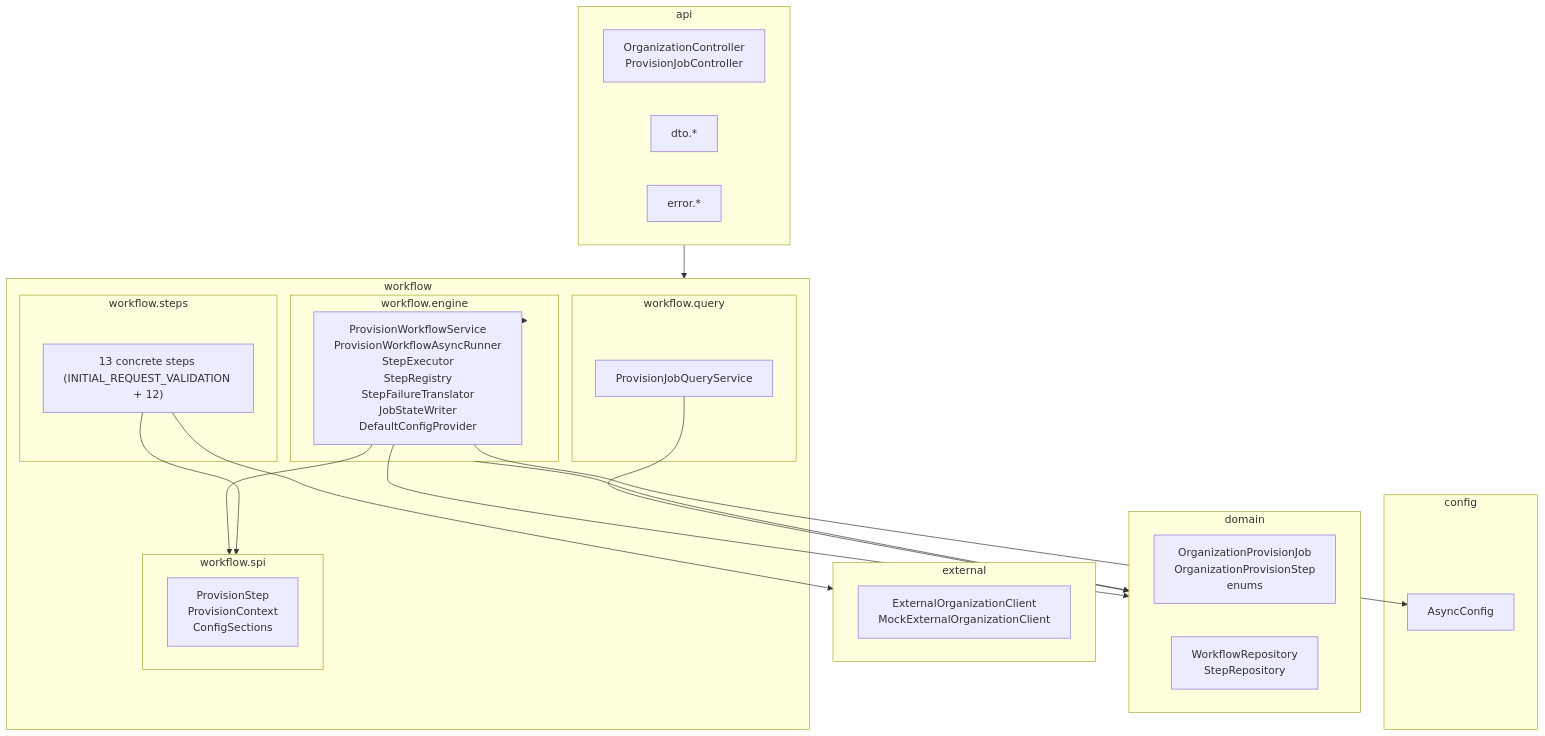
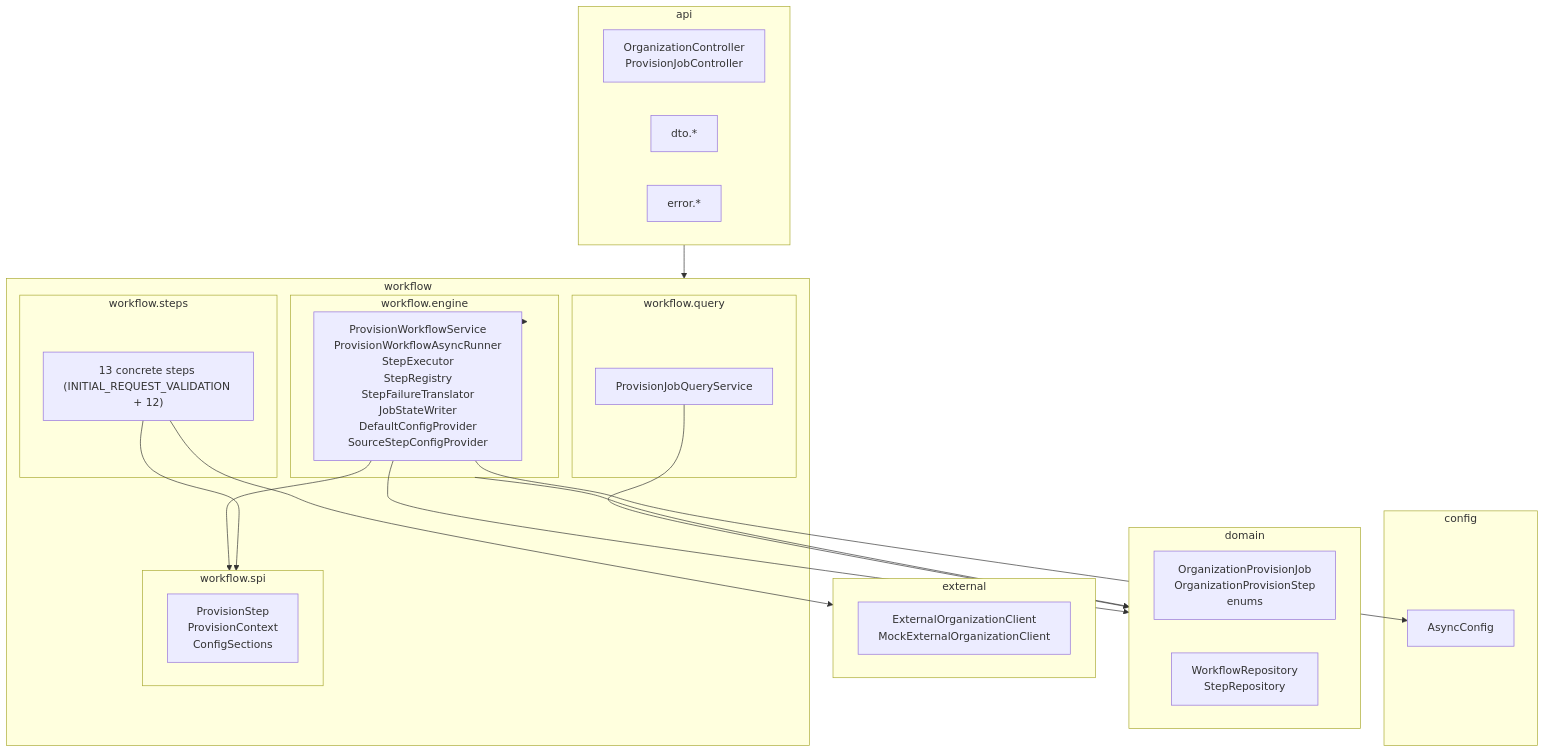
The first of 9 diagrams in docs/diagrams.md (bora-arch/create-org-poc), drawn with Mermaid before and after one commit. The commit also changed other lines of this file and 24 other files, not shown here.

````diff
--- a/docs/diagrams.md
+++ b/docs/diagrams.md
@@ -7,46 +7,46 @@
 ```mermaid
 flowchart TB
     subgraph api["api"]
         controllers["OrganizationController<br/>ProvisionJobController"]
         dtos["dto.*"]
         errs["error.*"]
     end
 
     subgraph workflow["workflow"]
         subgraph spi["workflow.spi"]
             step_iface["ProvisionStep<br/>ProvisionContext<br/>ConfigSections"]
         end
         subgraph engine["workflow.engine"]
-            orch["ProvisionWorkflowService<br/>ProvisionWorkflowAsyncRunner<br/>StepExecutor<br/>StepRegistry<br/>StepFailureTranslator<br/>JobStateWriter<br/>DefaultConfigProvider"]
+            orch["ProvisionWorkflowService<br/>ProvisionWorkflowAsyncRunner<br/>StepExecutor<br/>StepRegistry<br/>StepFailureTranslator<br/>JobStateWriter<br/>DefaultConfigProvider<br/>SourceStepConfigProvider"]
         end
         subgraph steps["workflow.steps"]
             step_beans["13 concrete steps (INITIAL_REQUEST_VALIDATION + 12)"]
         end
         subgraph query["workflow.query"]
             qs["ProvisionJobQueryService"]
         end
     end
 
     subgraph domain["domain"]
         entities["OrganizationProvisionJob<br/>OrganizationProvisionStep<br/>enums"]
         repos["WorkflowRepository<br/>StepRepository"]
     end
 
     subgraph external["external"]
         ext["ExternalOrganizationClient<br/>MockExternalOrganizationClient"]
     end
 
     subgraph config["config"]
         cfg["AsyncConfig"]
     end
 
     api --> workflow
     orch --> spi
     orch --> engine
     orch --> domain
     step_beans --> spi
     step_beans --> external
     qs --> domain
     engine --> domain
     orch --> cfg
 ```
````
